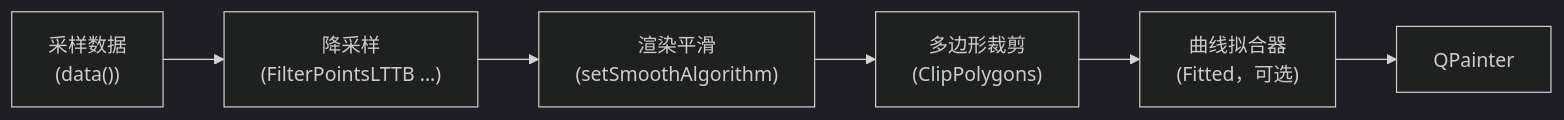
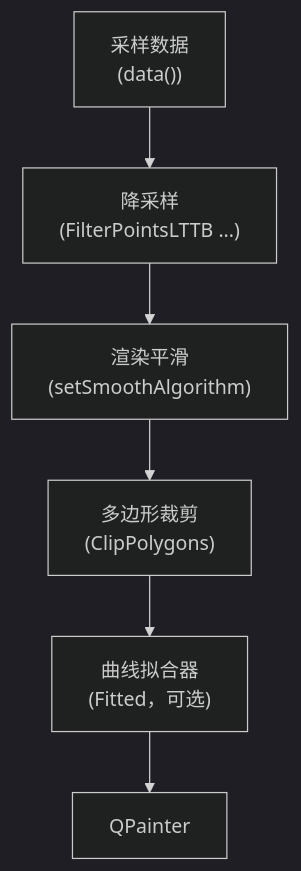
The second of 2 diagrams in docs/zh/use-guide/curve-smoothing.md (czyt1988/QWT), drawn with Mermaid (dark theme) before and after one commit. The commit also changed other lines of this file and 20 other files, not shown here.

````diff
--- a/docs/zh/use-guide/curve-smoothing.md
+++ b/docs/zh/use-guide/curve-smoothing.md
@@ -15,8 +365,8 @@
 ```mermaid
-flowchart LR
+flowchart TB
     A["采样数据<br/>(data())"] --> B["降采样<br/>(FilterPointsLTTB ...)"]
     B --> C["渲染平滑<br/>(setSmoothAlgorithm)"]
     C --> D["多边形裁剪<br/>(ClipPolygons)"]
     D --> E["曲线拟合器<br/>(Fitted，可选)"]
     E --> F["QPainter"]
 ```
````
